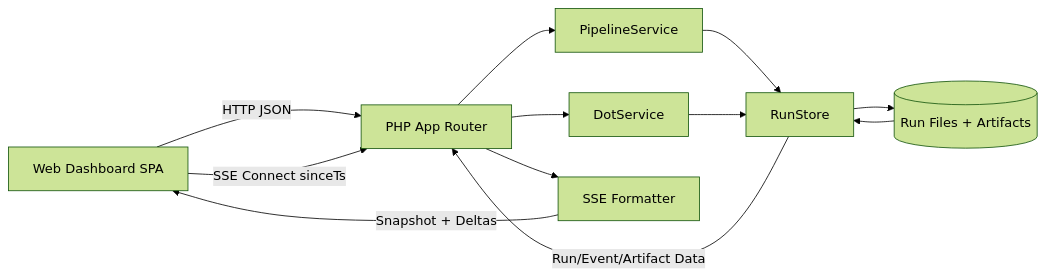
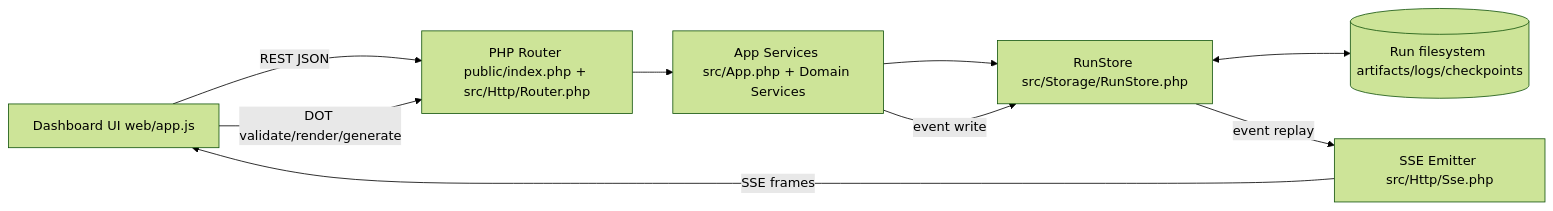
The fourth of 5 diagrams in docs/sprints/SPRINT-002-attractor-php-web-dashboard.md (jaytaylor/attractor-php), drawn with Mermaid (forest theme) before and after one commit. The commit also changed other lines of this file, not shown here.

````diff
--- a/docs/sprints/SPRINT-002-attractor-php-web-dashboard.md
+++ b/docs/sprints/SPRINT-002-attractor-php-web-dashboard.md
@@ -2906,24 +4714,18 @@
 ```mermaid
 flowchart LR
-    UI[Web Dashboard SPA]
-    API[PHP App Router]
-    DOT[DotService]
-    PIPE[PipelineService]
-    STORE[RunStore]
-    FS[(Run Files + Artifacts)]
-    SSE[SSE Formatter]
+  ui[Dashboard UI web/app.js]
+  router[PHP Router public/index.php + src/Http/Router.php]
+  api[App Services src/App.php + Domain Services]
+  store[RunStore src/Storage/RunStore.php]
+  fs[(Run filesystem artifacts/logs/checkpoints)]
+  sse[SSE Emitter src/Http/Sse.php]
 
-    UI -->|HTTP JSON| API
-    UI -->|SSE Connect sinceTs| API
-
-    API --> DOT
-    API --> PIPE
-    PIPE --> STORE
-    DOT --> STORE
-    STORE --> FS
-    FS --> STORE
-
-    API --> SSE
-    SSE -->|Snapshot + Deltas| UI
-    STORE -->|Run/Event/Artifact Data| API
+  ui -->|REST JSON| router
+  router --> api
+  api --> store
+  store <--> fs
+  api -->|event write| store
+  store -->|event replay| sse
+  sse -->|SSE frames| ui
+  ui -->|DOT validate/render/generate| router
 ```
````
